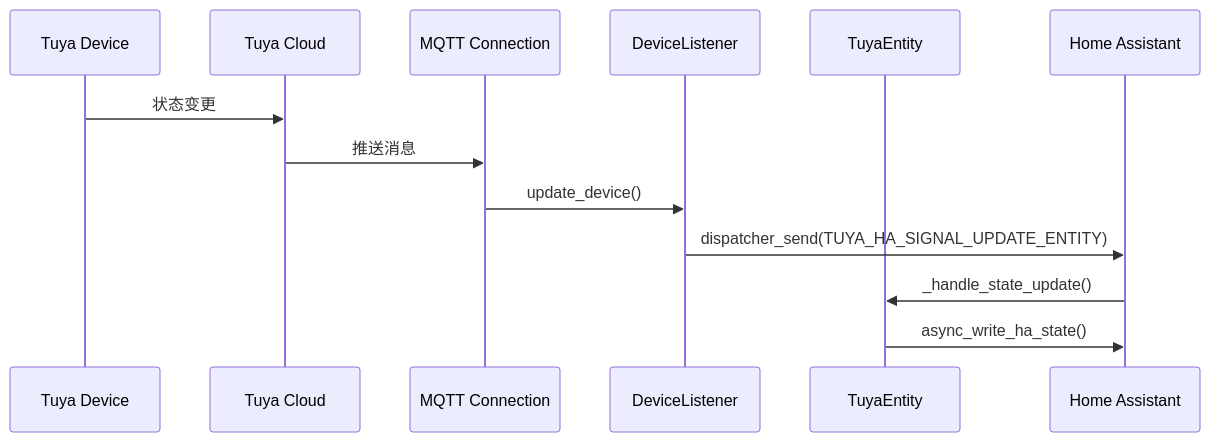
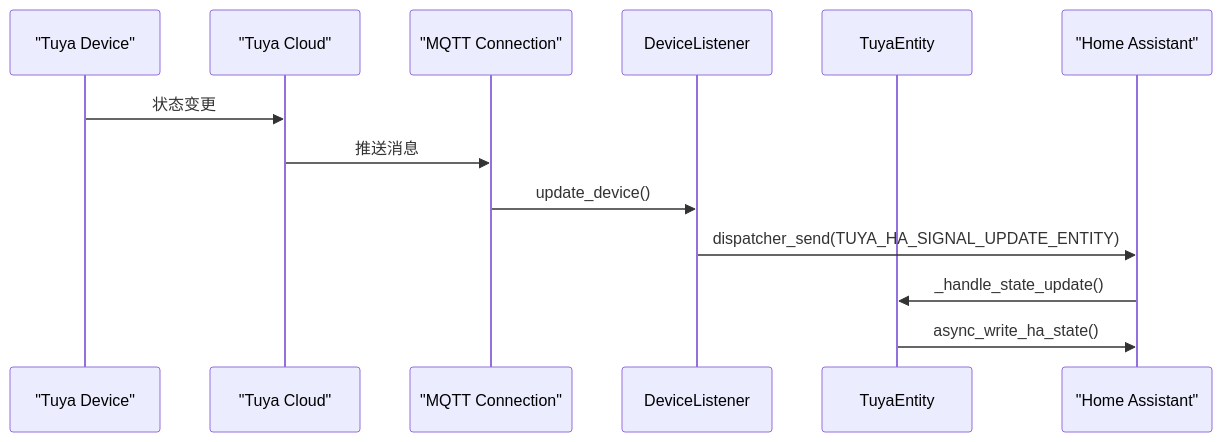
Before and after one commit to xinetzone/SpecWeave: the diagram in docs/retrospective/reports/insight-extraction/iot-ecosystem/retrospective-home-assistant-tuya-official-20260630/patterns/pattern-2-event-driven-state-update.md, drawn with Mermaid. The commit also changed 107 other files, not shown here.

First line of the commit message:
style(mermaid): check-mermaid --fix自动修复-移除空行+补充引号+subgraph标签

````diff
--- a/docs/retrospective/reports/insight-extraction/iot-ecosystem/retrospective-home-assistant-tuya-official-20260630/patterns/pattern-2-event-driven-state-update.md
+++ b/docs/retrospective/reports/insight-extraction/iot-ecosystem/retrospective-home-assistant-tuya-official-20260630/patterns/pattern-2-event-driven-state-update.md
@@ -63,16 +63,15 @@
 ```mermaid
 sequenceDiagram
-    participant Device as Tuya Device
-    participant Cloud as Tuya Cloud
-    participant MQTT as MQTT Connection
+    participant Device as "Tuya Device"
+    participant Cloud as "Tuya Cloud"
+    participant MQTT as "MQTT Connection"
     participant Listener as DeviceListener
     participant Entity as TuyaEntity
-    participant HA as Home Assistant
-    
+    participant HA as "Home Assistant"
     Device->>Cloud: 状态变更
     Cloud->>MQTT: 推送消息
     MQTT->>Listener: update_device()
     Listener->>HA: dispatcher_send(TUYA_HA_SIGNAL_UPDATE_ENTITY)
     HA->>Entity: _handle_state_update()
     Entity->>HA: async_write_ha_state()
 ```
````
